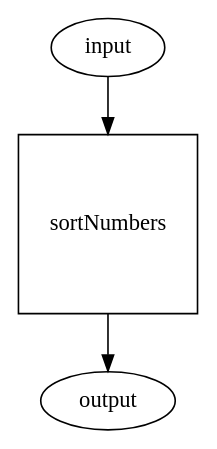
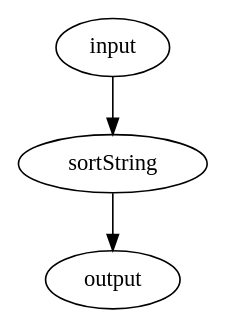
The diagram in Data/flowscript_test1.dot (giovabos11/lab-3-flowscript-interpreter-giovabos11), drawn with Graphviz before and after one commit. The commit also changed 5 other files, not shown here.

Commit message:
Main FlowScript functionality added

```diff
--- a/Data/flowscript_test1.dot
+++ b/Data/flowscript_test1.dot
@@ -1,7 +1,6 @@
 digraph {
     input
-    sortNumbers [shape="square"]
     output
-    input -> sortNumbers
-    sortNumbers -> output
+    input -> sortString
+    sortString -> output
 }
```
